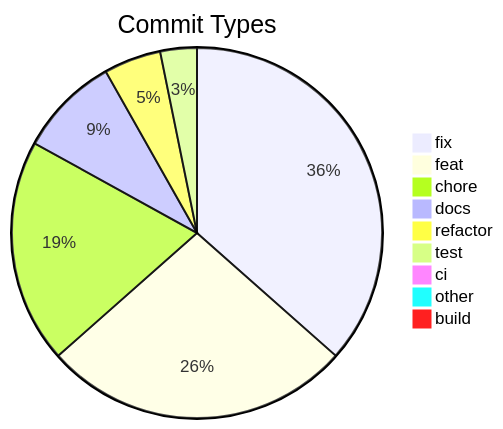
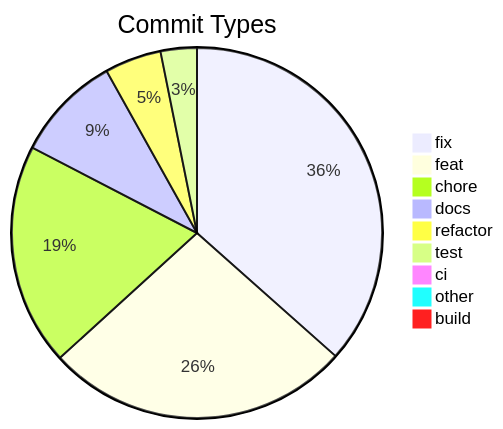
One commit to svenroth-ai/shipwright-webui changed the diagram in .shipwright/compliance/change-history.md. Above: the diagram before and after it, drawn with Mermaid. The commit also changed other lines of this file and 15 other files, not shown here.

````diff
--- a/.shipwright/compliance/change-history.md
+++ b/.shipwright/compliance/change-history.md
@@ -8,12 +8,12 @@
 ```mermaid
 pie title Commit Types
-    "fix" : 183
+    "fix" : 185
     "feat" : 135
     "chore" : 98
-    "docs" : 44
+    "docs" : 47
     "refactor" : 25
     "test" : 16
     "ci" : 4
     "other" : 4
     "build" : 1
 ```
````
